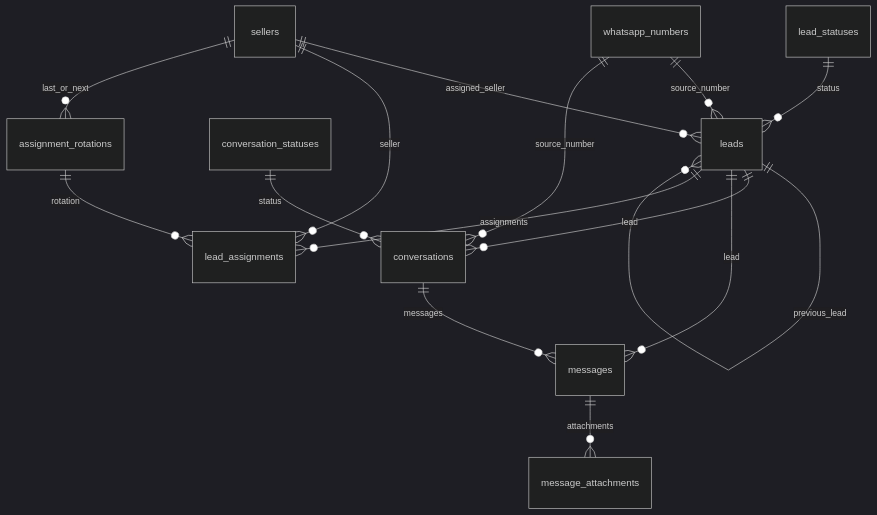
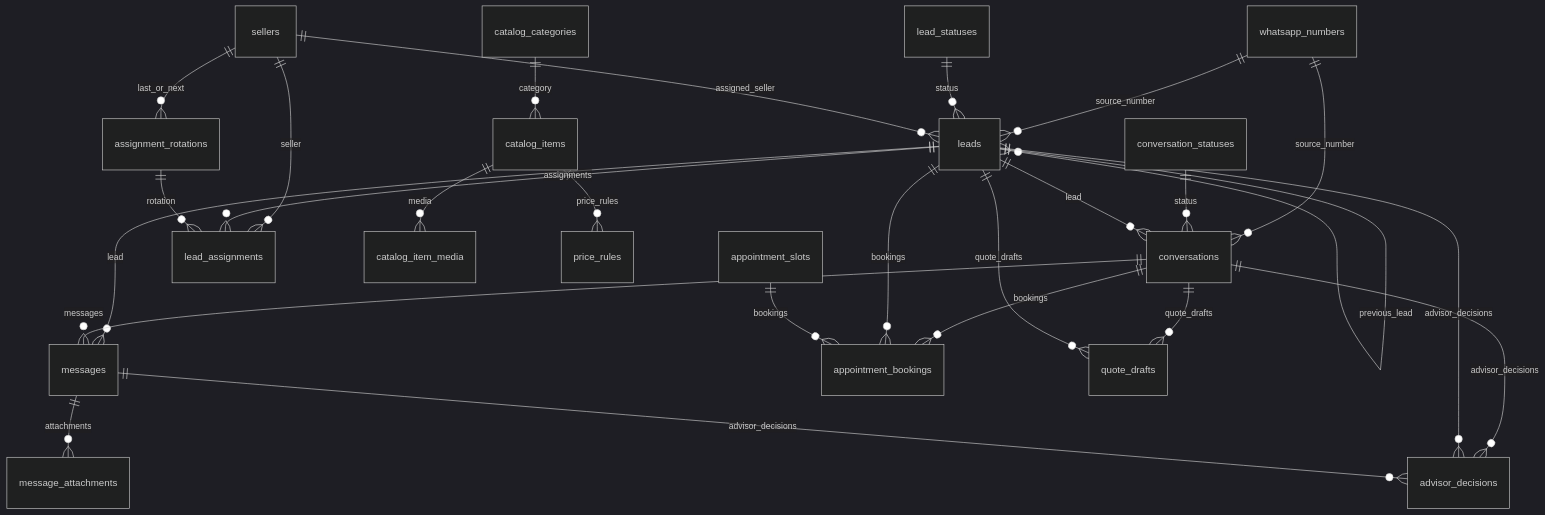
Before and after one commit to juanpablovM/Automatizacion-WhatsApp: the diagram in db/schema/overview.md, drawn with Mermaid (dark theme). The commit also changed other lines of this file and 12 other files, not shown here.

````diff
--- a/db/schema/overview.md
+++ b/db/schema/overview.md
@@ -30,17 +41,28 @@
 ```mermaid
 erDiagram
     whatsapp_numbers ||--o{ leads : source_number
     whatsapp_numbers ||--o{ conversations : source_number
     lead_statuses ||--o{ leads : status
     conversation_statuses ||--o{ conversations : status
     sellers ||--o{ leads : assigned_seller
     sellers ||--o{ lead_assignments : seller
     sellers ||--o{ assignment_rotations : last_or_next
     leads ||--o{ leads : previous_lead
     leads ||--o{ conversations : lead
     leads ||--o{ messages : lead
     leads ||--o{ lead_assignments : assignments
     conversations ||--o{ messages : messages
     messages ||--o{ message_attachments : attachments
     assignment_rotations ||--o{ lead_assignments : rotation
+    catalog_categories ||--o{ catalog_items : category
+    catalog_items ||--o{ catalog_item_media : media
+    catalog_items ||--o{ price_rules : price_rules
+    conversations ||--o{ appointment_bookings : bookings
+    leads ||--o{ appointment_bookings : bookings
+    appointment_slots ||--o{ appointment_bookings : bookings
+    conversations ||--o{ quote_drafts : quote_drafts
+    leads ||--o{ quote_drafts : quote_drafts
+    conversations ||--o{ advisor_decisions : advisor_decisions
+    leads ||--o{ advisor_decisions : advisor_decisions
+    messages ||--o{ advisor_decisions : advisor_decisions
 ```
````
